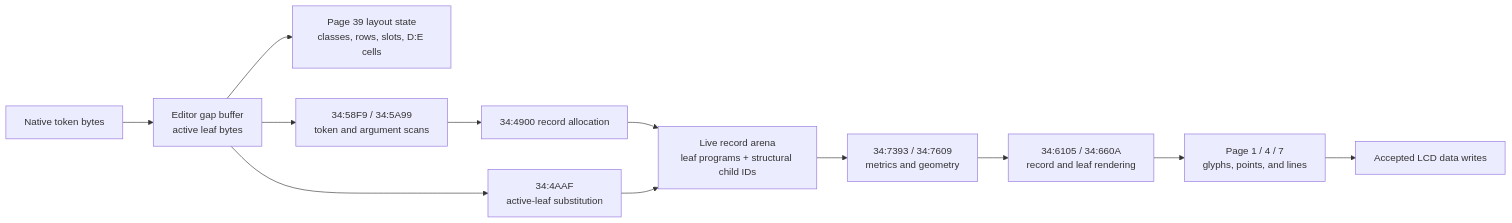
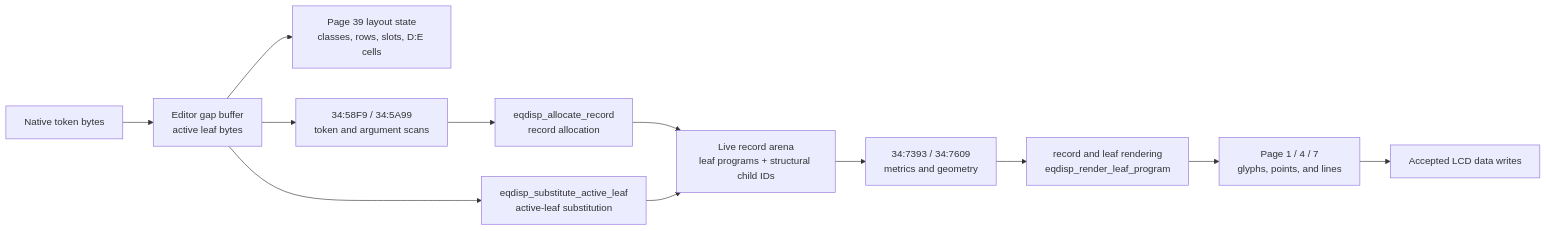
Before and after one commit to siraben/ti84p-re: the second of 2 diagrams in docs/sub-equation-display.md, drawn with Mermaid. The commit also changed other lines of this file and 10 other files, not shown here.

````diff
--- a/docs/sub-equation-display.md
+++ b/docs/sub-equation-display.md
@@ -65,14 +71,14 @@
 ```mermaid
 flowchart LR
     tokens["Native token bytes"] --> gap["Editor gap buffer<br/>active leaf bytes"]
     gap --> editor["Page 39 layout state<br/>classes, rows, slots, D:E cells"]
     gap --> scan["34:58F9 / 34:5A99<br/>token and argument scans"]
     scan --> build
-    build["34:4900 record allocation"] --> recordArena["Live record arena<br/>leaf programs + structural child IDs"]
-    gap --> substitute["34:4AAF<br/>active-leaf substitution"]
+    build["eqdisp_allocate_record<br/>record allocation"] --> recordArena["Live record arena<br/>leaf programs + structural child IDs"]
+    gap --> substitute["eqdisp_substitute_active_leaf<br/>active-leaf substitution"]
     substitute --> recordArena
     recordArena --> metrics["34:7393 / 34:7609<br/>metrics and geometry"]
-    metrics --> render["34:6105 / 34:660A<br/>record and leaf rendering"]
+    metrics --> render["record and leaf rendering<br/>eqdisp_render_leaf_program"]
     render --> primitive["Page 1 / 4 / 7<br/>glyphs, points, and lines"]
     primitive --> lcd["Accepted LCD data writes"]
 ```
````
